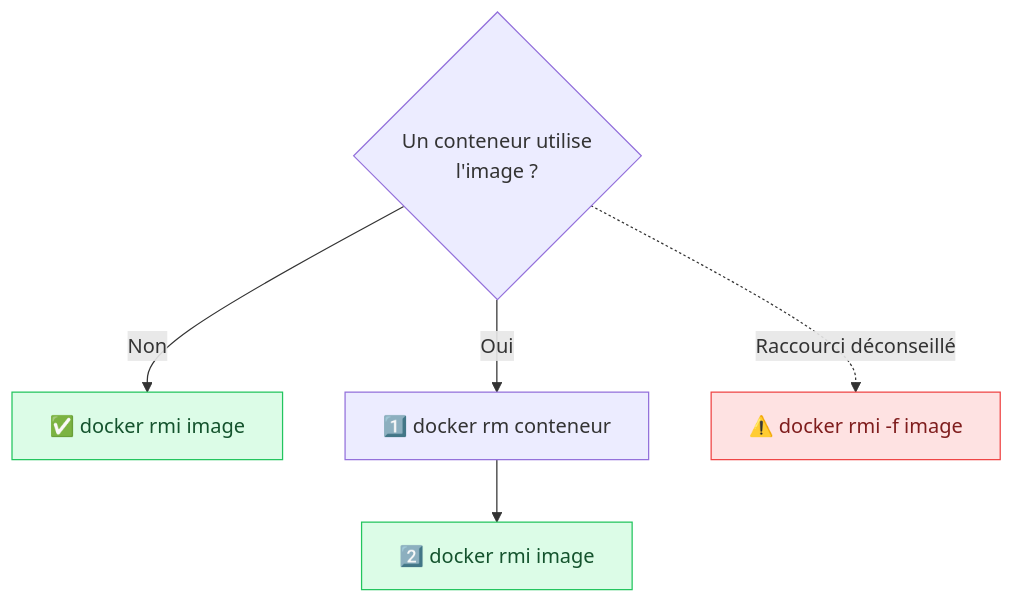
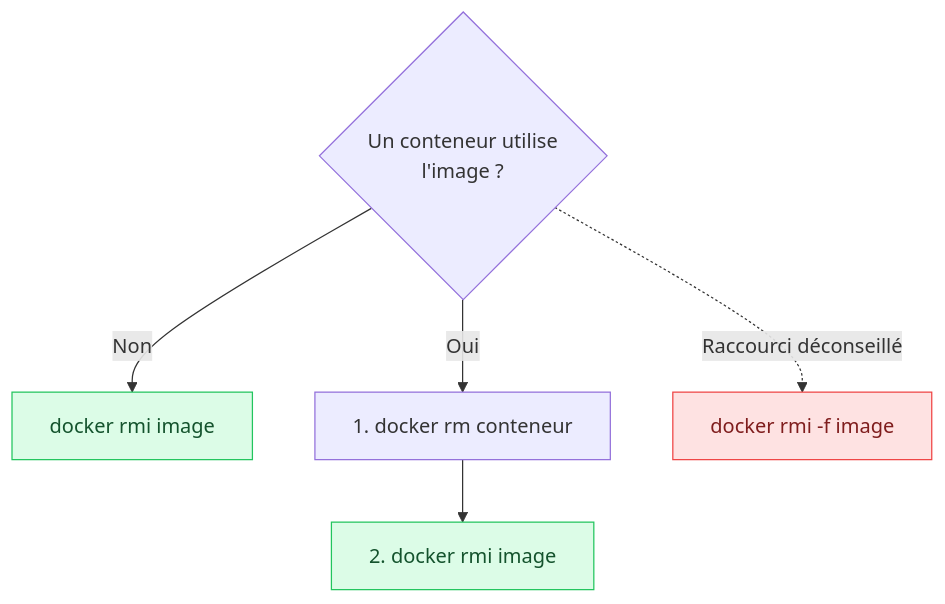
The fifth of 6 diagrams in methodologie-securite-it/docker/03-images.md (GoobyWoobies/HEIA-IT), drawn with Mermaid before and after one commit. The commit also changed other lines of this file and 24 other files, not shown here.

````diff
--- a/methodologie-securite-it/docker/03-images.md
+++ b/methodologie-securite-it/docker/03-images.md
@@ -245,12 +245,12 @@
 ```mermaid
 flowchart TD
     Q{"Un conteneur utilise<br/>l'image ?"}
-    Q -->|Non| OK["✅ docker rmi image"]
-    Q -->|Oui| A["1️⃣ docker rm conteneur"]
-    A --> B["2️⃣ docker rmi image"]
-    Q -.->|"Raccourci déconseillé"| F["⚠️ docker rmi -f image"]
+    Q -->|Non| OK["docker rmi image"]
+    Q -->|Oui| A["1. docker rm conteneur"]
+    A --> B["2. docker rmi image"]
+    Q -.->|"Raccourci déconseillé"| F["docker rmi -f image"]
 
     style OK fill:#dcfce7,stroke:#22c55e,color:#14532d
     style B fill:#dcfce7,stroke:#22c55e,color:#14532d
     style F fill:#fee2e2,stroke:#ef4444,color:#7f1d1d
 ```
````
